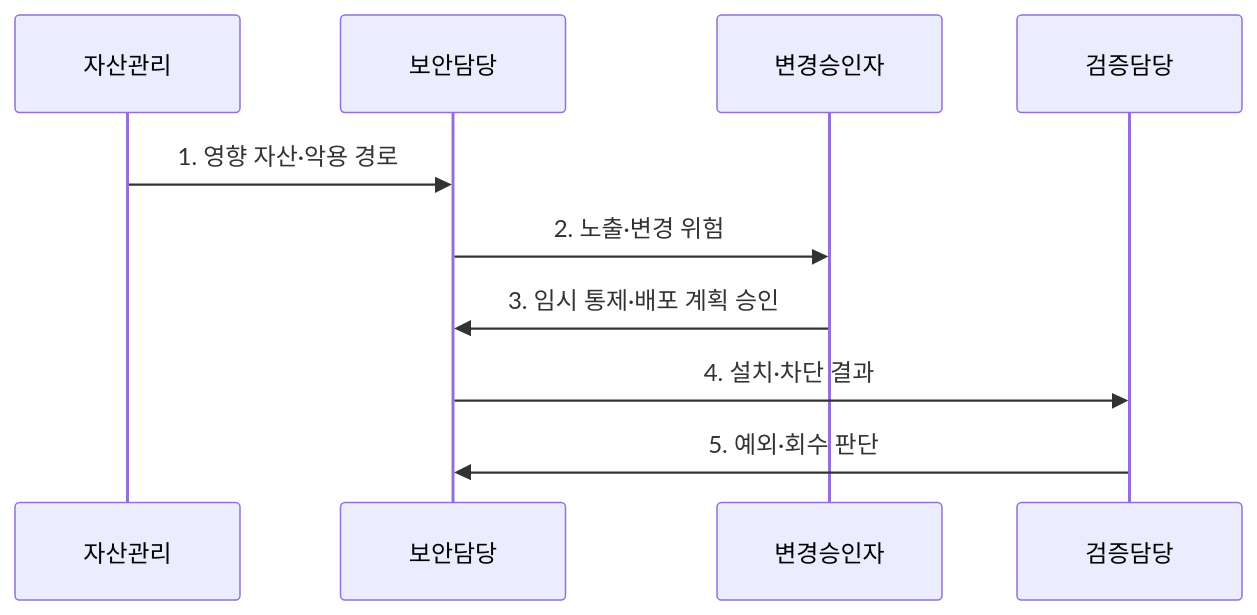
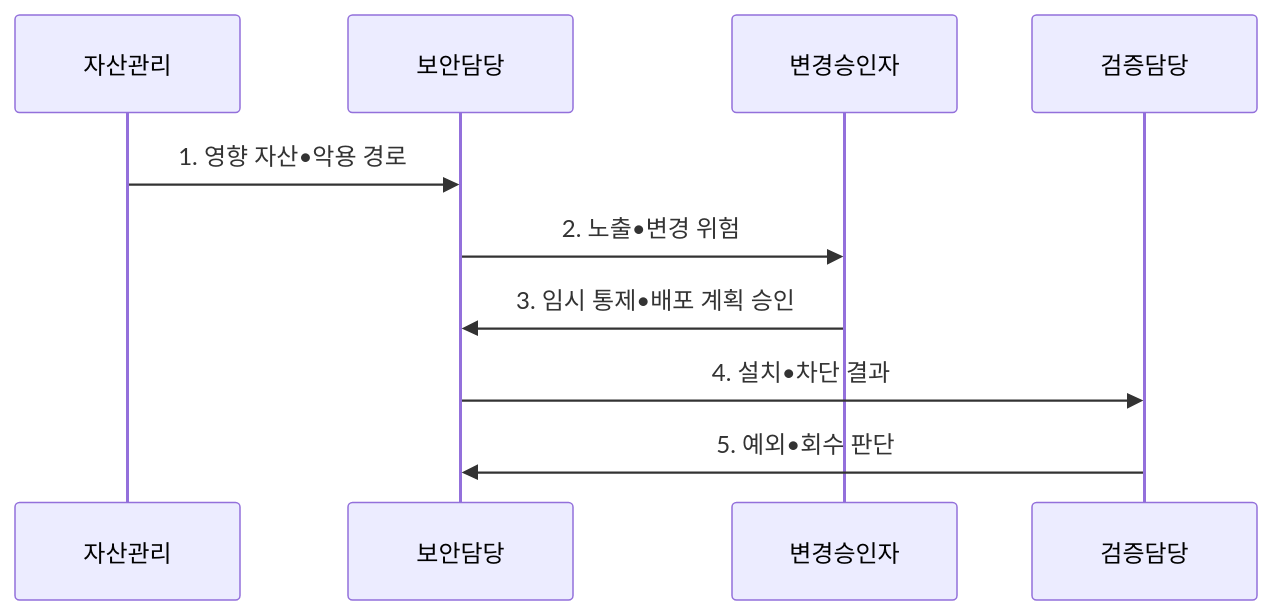
One commit to agnusdei1207/knowledge-base changed the second of 2 diagrams in src/content/docs/notes/05-security/043_patch_management_virtual_patching.md. Above: the diagram before and after it, drawn with Mermaid. The commit also changed other lines of this file and 953 other files, not shown here.

````diff
--- a/src/content/docs/notes/05-security/043_patch_management_virtual_patching.md
+++ b/src/content/docs/notes/05-security/043_patch_management_virtual_patching.md
@@ -101,12 +101,12 @@
 ```mermaid
 sequenceDiagram
     participant 자산관리
     participant 보안담당
     participant 변경승인자
     participant 검증담당
-    자산관리->>보안담당: 1. 영향 자산·악용 경로
-    보안담당->>변경승인자: 2. 노출·변경 위험
-    변경승인자->>보안담당: 3. 임시 통제·배포 계획 승인
-    보안담당->>검증담당: 4. 설치·차단 결과
-    검증담당->>보안담당: 5. 예외·회수 판단
+    자산관리->>보안담당: 1. 영향 자산•악용 경로
+    보안담당->>변경승인자: 2. 노출•변경 위험
+    변경승인자->>보안담당: 3. 임시 통제•배포 계획 승인
+    보안담당->>검증담당: 4. 설치•차단 결과
+    검증담당->>보안담당: 5. 예외•회수 판단
 ```
````
